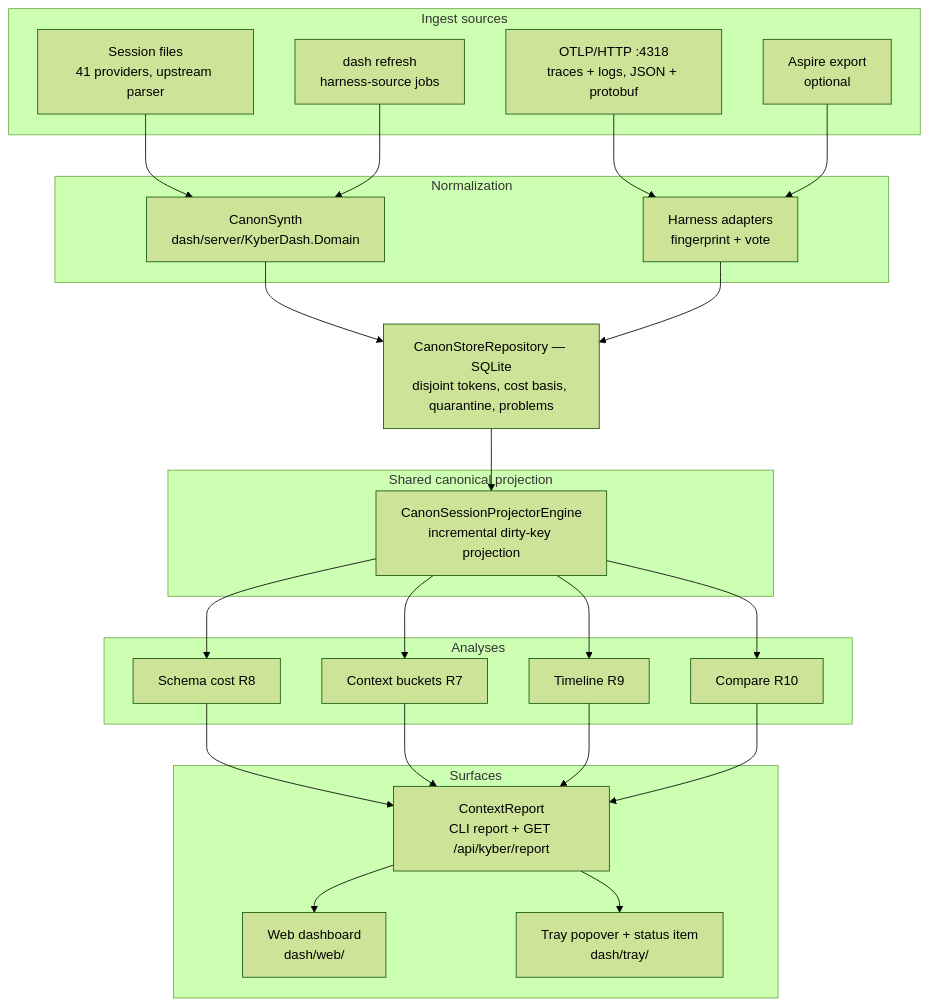
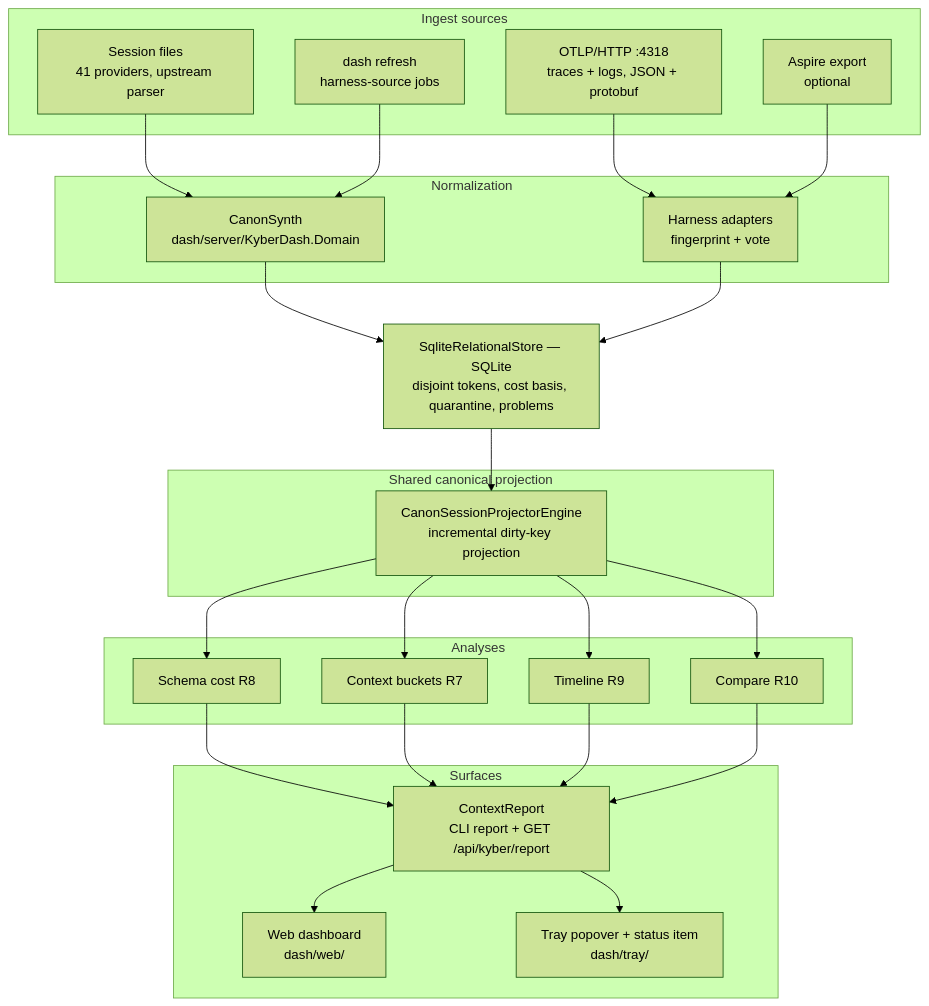
Before and after one commit to dpalfery/kyber-weave: the first of 6 diagrams in docs/dash/architecture.md, drawn with Mermaid (forest theme). The commit also changed other lines of this file, not shown here.

First line of the commit message:
docs(dash): refresh architecture prose after Canon-store deletion

````diff
--- a/docs/dash/architecture.md
+++ b/docs/dash/architecture.md
@@ -138,44 +140,44 @@
 ```mermaid
 flowchart TB
     subgraph sources["Ingest sources"]
         FS["Session files<br/>41 providers, upstream parser"]
         RF["dash refresh<br/>harness-source jobs"]
         OT["OTLP/HTTP :4318<br/>traces + logs, JSON + protobuf"]
         AS["Aspire export<br/>optional"]
     end
 
     subgraph normalize["Normalization"]
         SY["CanonSynth<br/>dash/server/KyberDash.Domain"]
         AD["Harness adapters<br/>fingerprint + vote"]
     end
 
-    ST["CanonStoreRepository — SQLite<br/>disjoint tokens, cost basis, quarantine, problems"]
+    ST["SqliteRelationalStore — SQLite<br/>disjoint tokens, cost basis, quarantine, problems"]
 
     subgraph projection["Shared canonical projection"]
         PR["CanonSessionProjectorEngine<br/>incremental dirty-key projection"]
     end
 
     subgraph analyses["Analyses"]
         AN1["Schema cost R8"]
         AN2["Context buckets R7"]
         AN3["Timeline R9"]
         AN4["Compare R10"]
     end
 
     subgraph surfaces["Surfaces"]
         REPORT["ContextReport<br/>CLI report + GET /api/kyber/report"]
         WEB["Web dashboard<br/>dash/web/"]
         TRAY["Tray popover + status item<br/>dash/tray/"]
     end
 
     FS --> SY
     RF --> SY
     OT --> AD
     AS --> AD
     SY --> ST
     AD --> ST
     ST --> PR
     PR --> AN1 & AN2 & AN3 & AN4
     AN1 & AN2 & AN3 & AN4 --> REPORT
     REPORT --> WEB & TRAY
 ```
````
